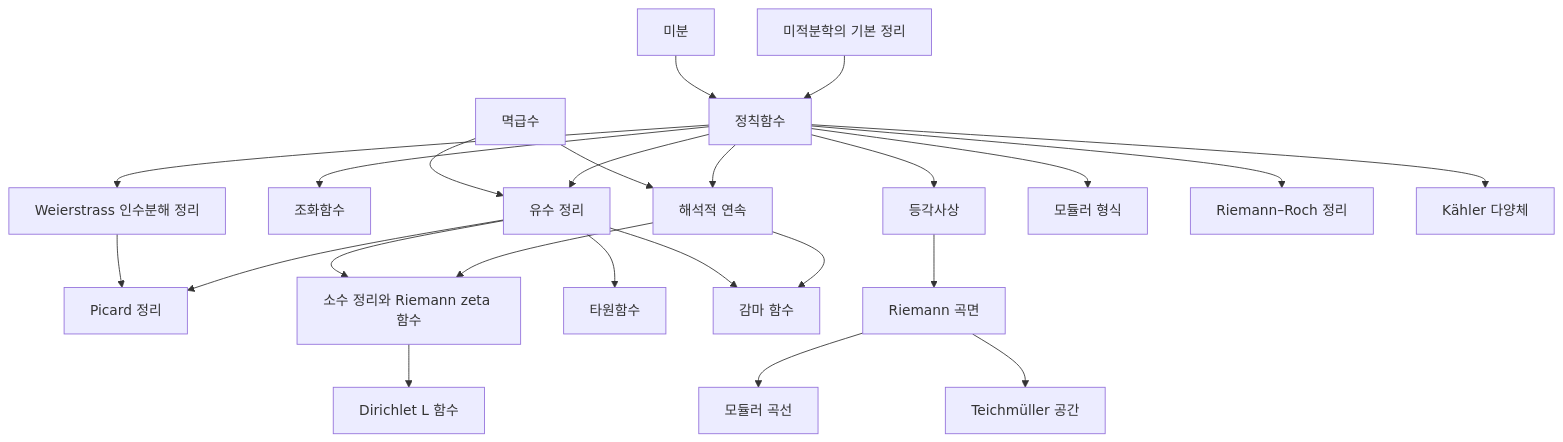
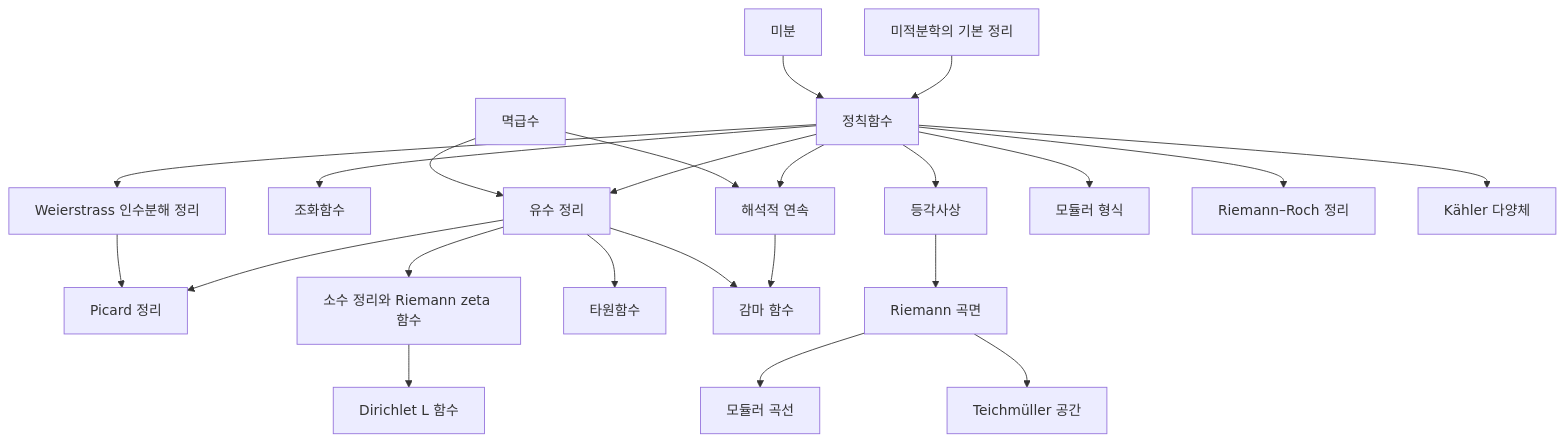
Before and after one commit to Phryxia/math-map: the diagram in docs/complex-analysis-overview.md, drawn with Mermaid. The commit also changed 1 other file, not shown here.

Commit message:
drop two overview map arrows that are not real edges
Claude-Session: https://claude.ai/code/session_017bDLhnVzFBcniNWAXEJMb9

````diff
--- a/docs/complex-analysis-overview.md
+++ b/docs/complex-analysis-overview.md
@@ -13,26 +13,25 @@
 ```mermaid
 graph TD
   DV["미분"] --> HF["정칙함수"]
   FC["미적분학의 기본 정리"] --> HF
   PS["멱급수"] --> RT["유수 정리"]
   HF --> RT
   HF --> HM["조화함수"]
   PS --> AC["해석적 연속"]
   HF --> AC
   HF --> CM["등각사상"]
   HF --> WF["Weierstrass 인수분해 정리"]
   WF --> PC["Picard 정리"]
   RT --> PC
   CM --> RS["Riemann 곡면"]
   RS --> MC["모듈러 곡선"]
   RS --> TS["Teichmüller 공간"]
   RT --> EF["타원함수"]
   RT --> GF["감마 함수"]
   AC --> GF
   RT --> PNT["소수 정리와 Riemann zeta 함수"]
-  AC --> PNT
   PNT --> DL["Dirichlet L 함수"]
   HF --> MF["모듈러 형식"]
   HF --> RR["Riemann–Roch 정리"]
   HF --> KM["Kähler 다양체"]
 ```
````
